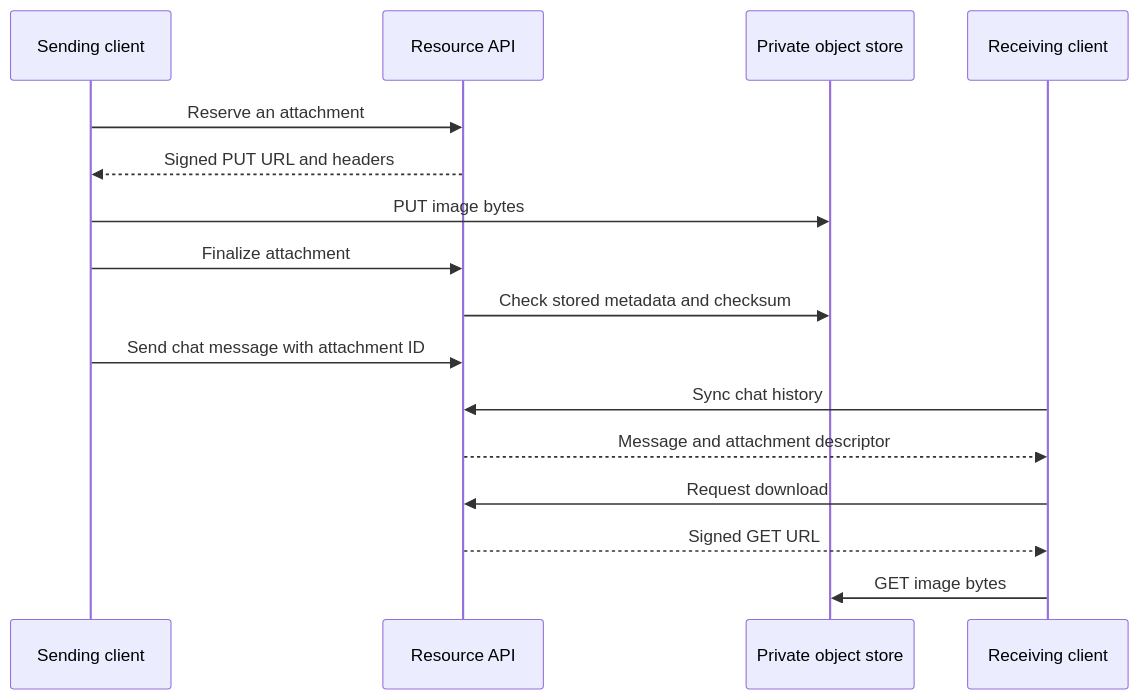
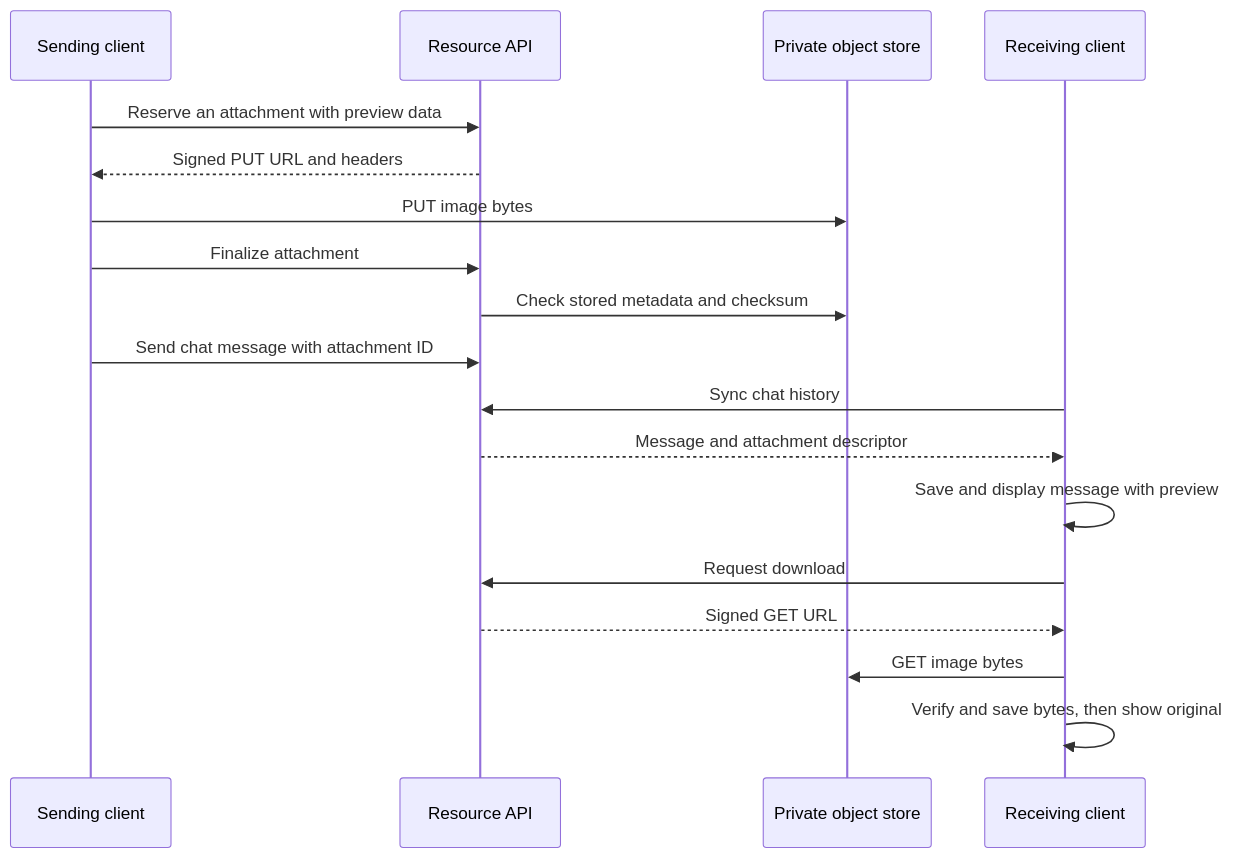
The second of 2 diagrams in server/docs/ai/adr/2026-11-11-chat-image-attachments.md (moeru-ai/airi), drawn with Mermaid before and after one commit. The commit also changed other lines of this file and 23 other files, not shown here.

````diff
--- a/server/docs/ai/adr/2026-11-11-chat-image-attachments.md
+++ b/server/docs/ai/adr/2026-11-11-chat-image-attachments.md
@@ -49,18 +56,20 @@
 ```mermaid
 sequenceDiagram
   participant A as Sending client
   participant API as Resource API
   participant S3 as Private object store
   participant B as Receiving client
-  A->>API: Reserve an attachment
+  A->>API: Reserve an attachment with preview data
   API-->>A: Signed PUT URL and headers
   A->>S3: PUT image bytes
   A->>API: Finalize attachment
   API->>S3: Check stored metadata and checksum
   A->>API: Send chat message with attachment ID
   B->>API: Sync chat history
   API-->>B: Message and attachment descriptor
+  B->>B: Save and display message with preview
   B->>API: Request download
   API-->>B: Signed GET URL
   B->>S3: GET image bytes
+  B->>B: Verify and save bytes, then show original
 ```
````
